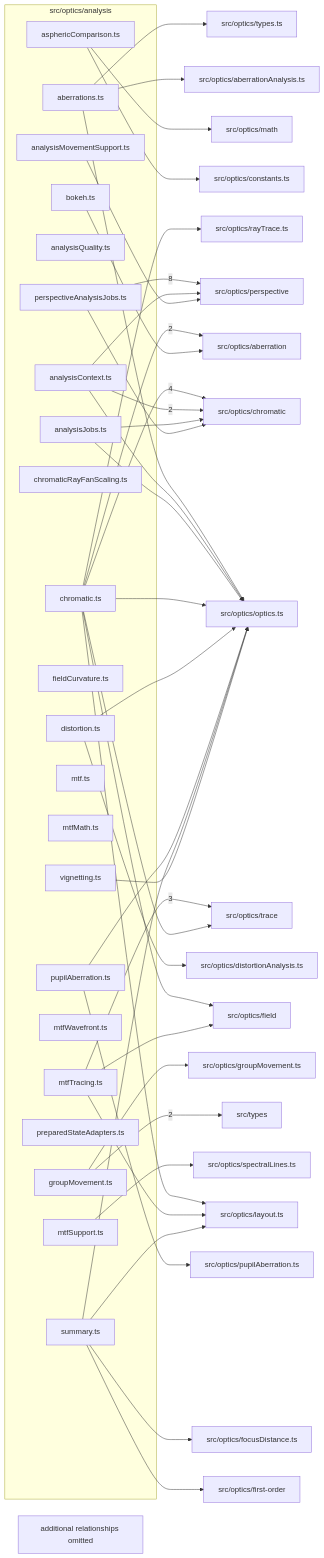
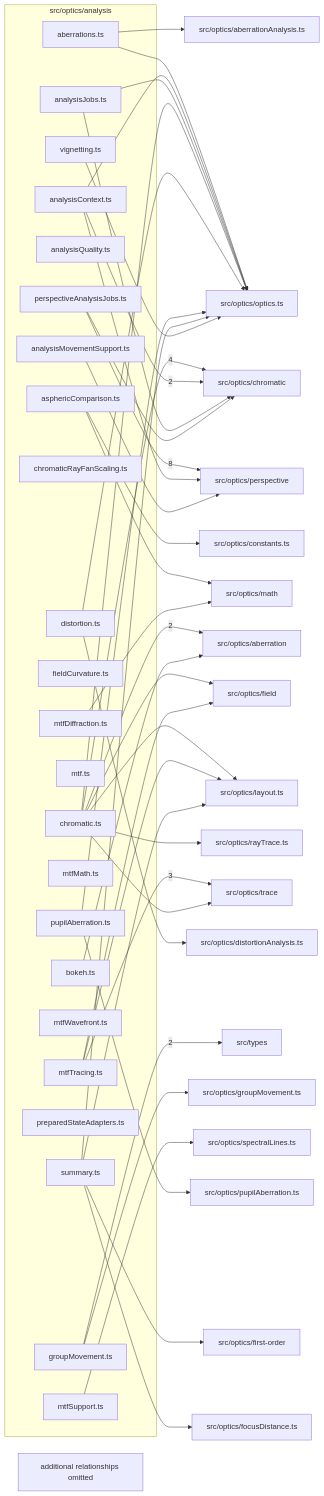
Before and after one commit to ronbuening/LensVisualizer: the diagram in src/optics/analysis/readme.md, drawn with Mermaid. The commit also changed other lines of this file and 10 other files, not shown here.

Commit message:
feat(mtf): add validated diffraction analysis

````diff
--- a/src/optics/analysis/readme.md
+++ b/src/optics/analysis/readme.md
@@ -22,6 +22,7 @@
     n_src_optics_analysis_src_optics_analysis_fieldCurvature_ts["fieldCurvature.ts"]
     n_src_optics_analysis_src_optics_analysis_groupMovement_ts["groupMovement.ts"]
     n_src_optics_analysis_src_optics_analysis_mtf_ts["mtf.ts"]
+    n_src_optics_analysis_src_optics_analysis_mtfDiffraction_ts["mtfDiffraction.ts"]
     n_src_optics_analysis_src_optics_analysis_mtfMath_ts["mtfMath.ts"]
     n_src_optics_analysis_src_optics_analysis_mtfSupport_ts["mtfSupport.ts"]
     n_src_optics_analysis_src_optics_analysis_mtfTracing_ts["mtfTracing.ts"]
@@ -50,7 +51,6 @@
   n_external_src_optics_pupilAberration_ts["src/optics/pupilAberration.ts"]
   n_external_src_optics_rayTrace_ts["src/optics/rayTrace.ts"]
   n_external_src_optics_spectralLines_ts["src/optics/spectralLines.ts"]
-  n_external_src_optics_types_ts["src/optics/types.ts"]
   n_src_optics_analysis_src_optics_analysis_perspectiveAnalysisJobs_ts --> |8| n_external_src_optics_perspective
   n_src_optics_analysis_src_optics_analysis_chromatic_ts --> |4| n_external_src_optics_chromatic
   n_src_optics_analysis_src_optics_analysis_mtfTracing_ts --> |3| n_external_src_optics_trace
@@ -72,6 +72,7 @@
   n_src_optics_analysis_src_optics_analysis_mtfTracing_ts --> n_external_src_optics_layout_ts
   n_src_optics_analysis_src_optics_analysis_summary_ts --> n_external_src_optics_layout_ts
   n_src_optics_analysis_src_optics_analysis_asphericComparison_ts --> n_external_src_optics_math
+  n_src_optics_analysis_src_optics_analysis_mtfDiffraction_ts --> n_external_src_optics_math
   n_src_optics_analysis_src_optics_analysis_aberrations_ts --> n_external_src_optics_optics_ts
   n_src_optics_analysis_src_optics_analysis_analysisContext_ts --> n_external_src_optics_optics_ts
   n_src_optics_analysis_src_optics_analysis_analysisJobs_ts --> n_external_src_optics_optics_ts
@@ -86,6 +87,5 @@
   n_src_optics_analysis_src_optics_analysis_chromatic_ts --> n_external_src_optics_rayTrace_ts
   n_src_optics_analysis_src_optics_analysis_mtfSupport_ts --> n_external_src_optics_spectralLines_ts
   n_src_optics_analysis_src_optics_analysis_chromatic_ts --> n_external_src_optics_trace
-  n_src_optics_analysis_src_optics_analysis_aberrations_ts --> n_external_src_optics_types_ts
   n_src_optics_analysis_truncated["additional relationships omitted"]
 ```
````
